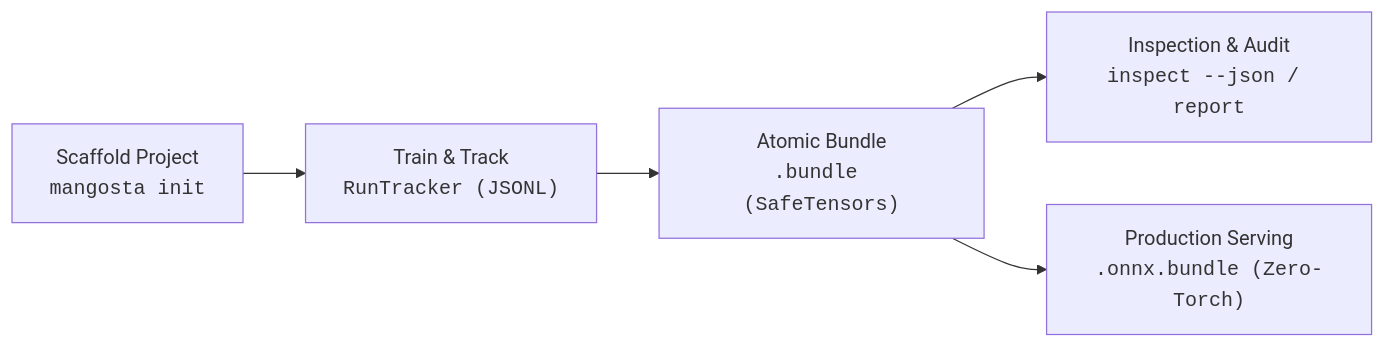
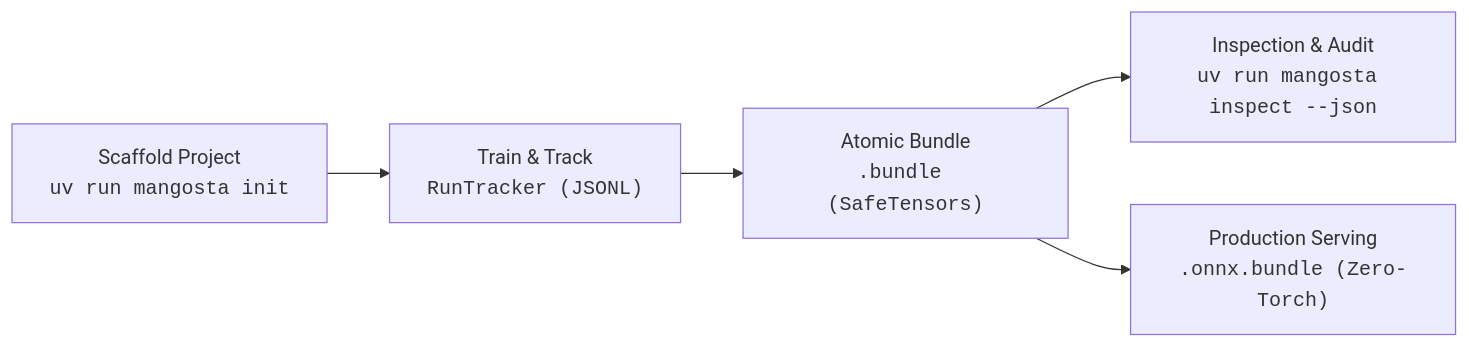
The diagram in README.md (yeriel/mangosta), drawn with Mermaid before and after one commit. The commit also changed other lines of this file, not shown here.

Commit message:
docs: standardize README on uv, mangosta[all], and uv run mangosta CLI commands

````diff
--- a/README.md
+++ b/README.md
@@ -20,7 +21,7 @@
 ```mermaid
 flowchart LR
-    A["Scaffold Project<br/><code>mangosta init</code>"] --> B["Train & Track<br/><code>RunTracker (JSONL)</code>"]
+    A["Scaffold Project<br/><code>uv run mangosta init</code>"] --> B["Train & Track<br/><code>RunTracker (JSONL)</code>"]
     B --> C["Atomic Bundle<br/><code>.bundle (SafeTensors)</code>"]
-    C --> D["Inspection & Audit<br/><code>inspect --json / report</code>"]
+    C --> D["Inspection & Audit<br/><code>uv run mangosta inspect --json</code>"]
     C --> E["Production Serving<br/><code>.onnx.bundle (Zero-Torch)</code>"]
 ```
````
